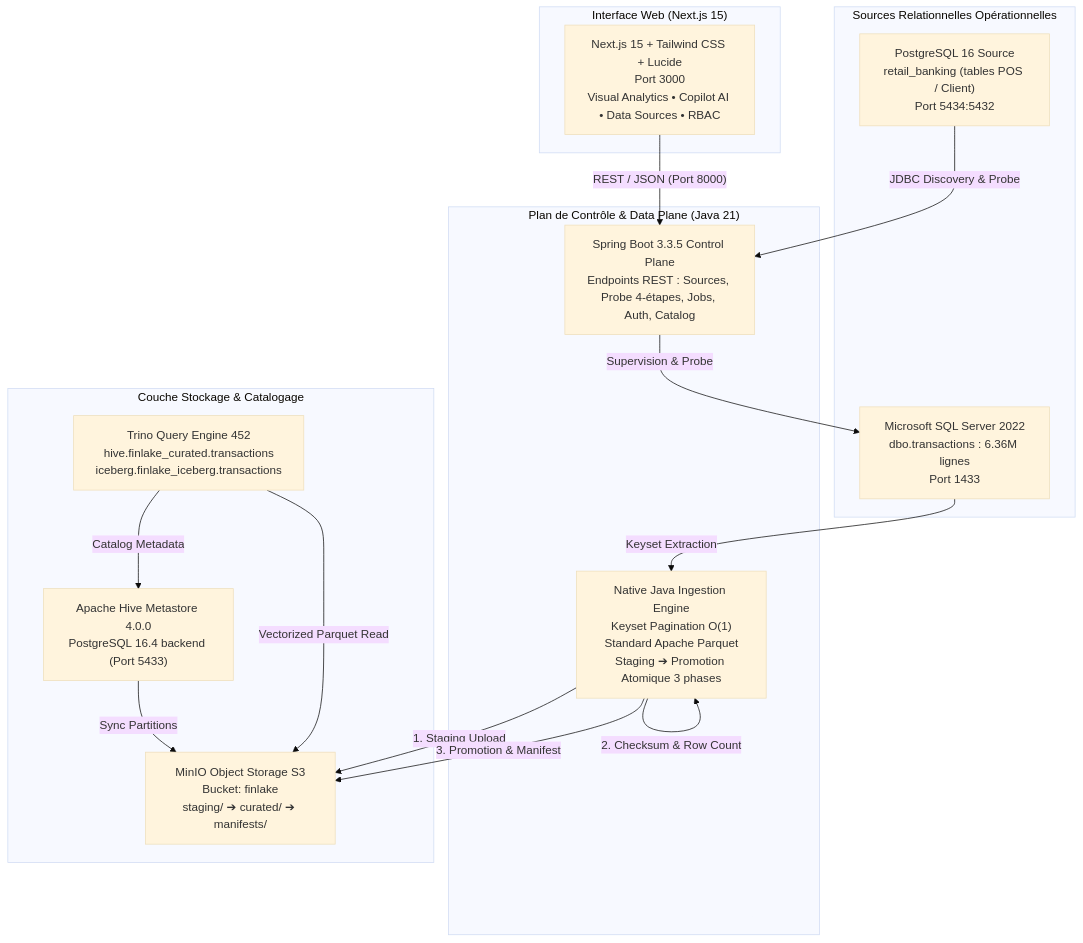
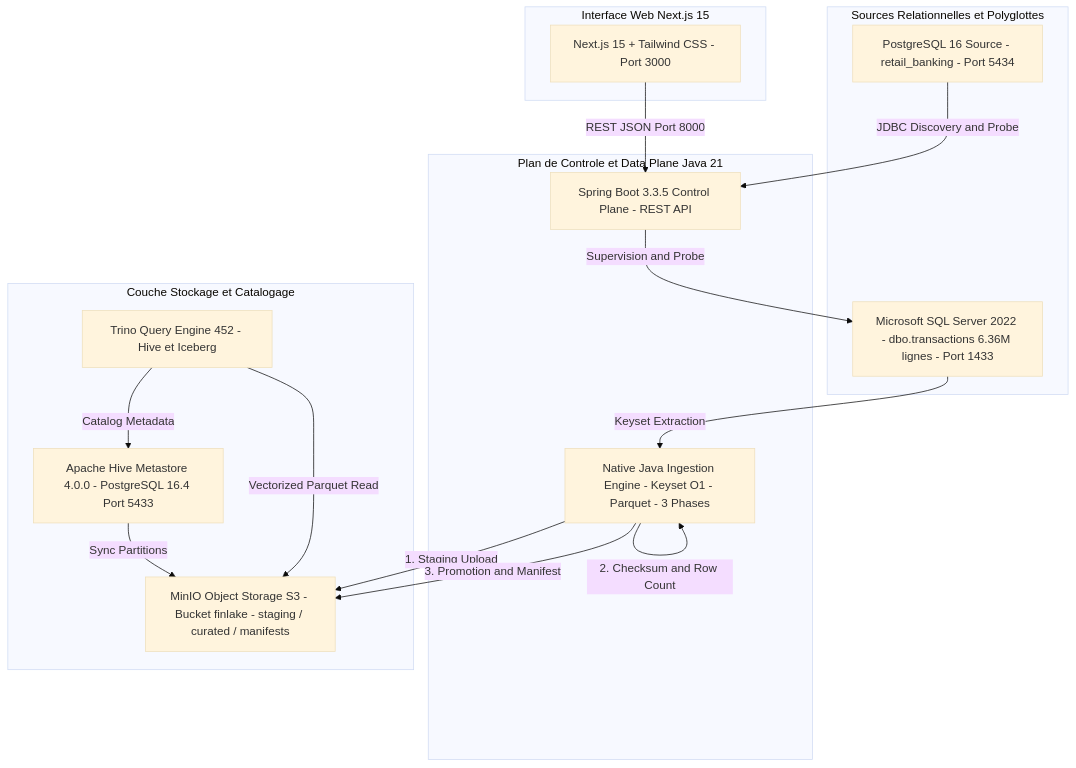
The diagram in README.md (wisescream/Data-m2-project), drawn with Mermaid (base theme) before and after one commit. The commit also changed other lines of this file, not shown here.

Commit message:
docs(readme): fix Mermaid syntax for GitHub rich display

````diff
--- a/README.md
+++ b/README.md
@@ -13,33 +13,33 @@
 ```mermaid
 flowchart TD
-    subgraph Sources["Sources Relationnelles Opérationnelles"]
-        MSSQL["Microsoft SQL Server 2022<br/>dbo.transactions : 6.36M lignes<br/>Port 1433"]
-        PG_SRC["PostgreSQL 16 Source<br/>retail_banking (tables POS / Client)<br/>Port 5434:5432"]
+    subgraph Sources["Sources Relationnelles et Polyglottes"]
+        MSSQL["Microsoft SQL Server 2022 - dbo.transactions 6.36M lignes - Port 1433"]
+        PG_SRC["PostgreSQL 16 Source - retail_banking - Port 5434"]
     end
 
-    subgraph Control_Plane["Plan de Contrôle & Data Plane (Java 21)"]
-        API["Spring Boot 3.3.5 Control Plane<br/>Endpoints REST : Sources, Probe 4-étapes, Jobs, Auth, Catalog"]
-        WORKER["Native Java Ingestion Engine<br/>Keyset Pagination O(1)<br/>Standard Apache Parquet<br/>Staging ➔ Promotion Atomique 3 phases"]
+    subgraph Control_Plane["Plan de Controle et Data Plane Java 21"]
+        API["Spring Boot 3.3.5 Control Plane - REST API"]
+        WORKER["Native Java Ingestion Engine - Keyset O1 - Parquet - 3 Phases"]
     end
 
-    subgraph Storage_Tier["Couche Stockage & Catalogage"]
-        MINIO["MinIO Object Storage S3<br/>Bucket: finlake<br/>staging/ ➔ curated/ ➔ manifests/"]
-        HIVE["Apache Hive Metastore 4.0.0<br/>PostgreSQL 16.4 backend (Port 5433)"]
-        TRINO["Trino Query Engine 452<br/>hive.finlake_curated.transactions<br/>iceberg.finlake_iceberg.transactions"]
+    subgraph Storage_Tier["Couche Stockage et Catalogage"]
+        MINIO["MinIO Object Storage S3 - Bucket finlake - staging / curated / manifests"]
+        HIVE["Apache Hive Metastore 4.0.0 - PostgreSQL 16.4 Port 5433"]
+        TRINO["Trino Query Engine 452 - Hive et Iceberg"]
     end
 
-    subgraph Presentation["Interface Web (Next.js 15)"]
-        UI["Next.js 15 + Tailwind CSS + Lucide<br/>Port 3000<br/>Visual Analytics • Copilot AI • Data Sources • RBAC"]
+    subgraph Presentation["Interface Web Next.js 15"]
+        UI["Next.js 15 + Tailwind CSS - Port 3000"]
     end
 
-    MSSQL -->|Keyset Extraction| WORKER
-    PG_SRC -->|JDBC Discovery & Probe| API
-    WORKER -->|1. Staging Upload| MINIO
-    WORKER -->|2. Checksum & Row Count| WORKER
-    WORKER -->|3. Promotion & Manifest| MINIO
-    API -->|Supervision & Probe| MSSQL
-    HIVE -->|Sync Partitions| MINIO
-    TRINO -->|Catalog Metadata| HIVE
-    TRINO -->|Vectorized Parquet Read| MINIO
-    UI -->|"REST / JSON (Port 8000)"| API
+    MSSQL -->|"Keyset Extraction"| WORKER
+    PG_SRC -->|"JDBC Discovery and Probe"| API
+    WORKER -->|"1. Staging Upload"| MINIO
+    WORKER -->|"2. Checksum and Row Count"| WORKER
+    WORKER -->|"3. Promotion and Manifest"| MINIO
+    API -->|"Supervision and Probe"| MSSQL
+    HIVE -->|"Sync Partitions"| MINIO
+    TRINO -->|"Catalog Metadata"| HIVE
+    TRINO -->|"Vectorized Parquet Read"| MINIO
+    UI -->|"REST JSON Port 8000"| API
 ```
````
